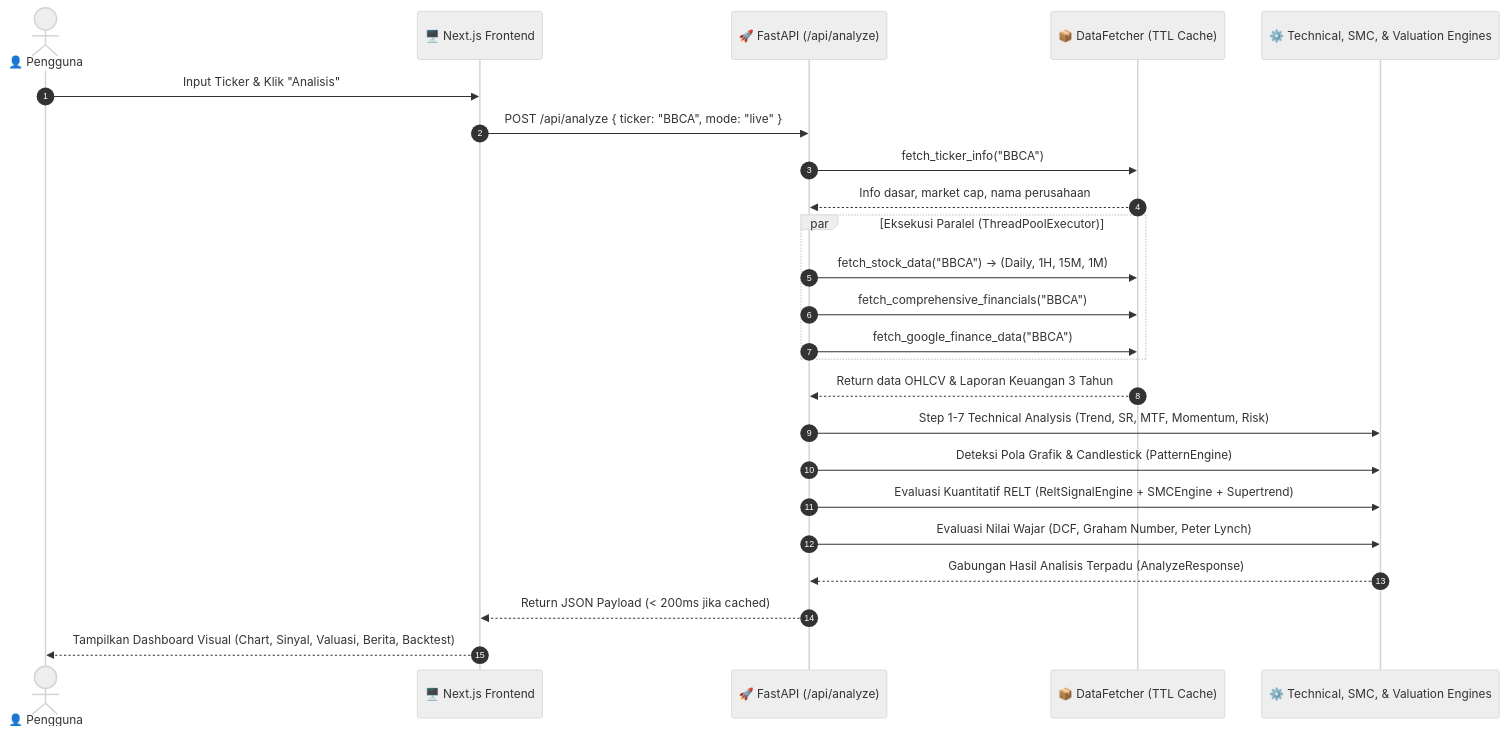
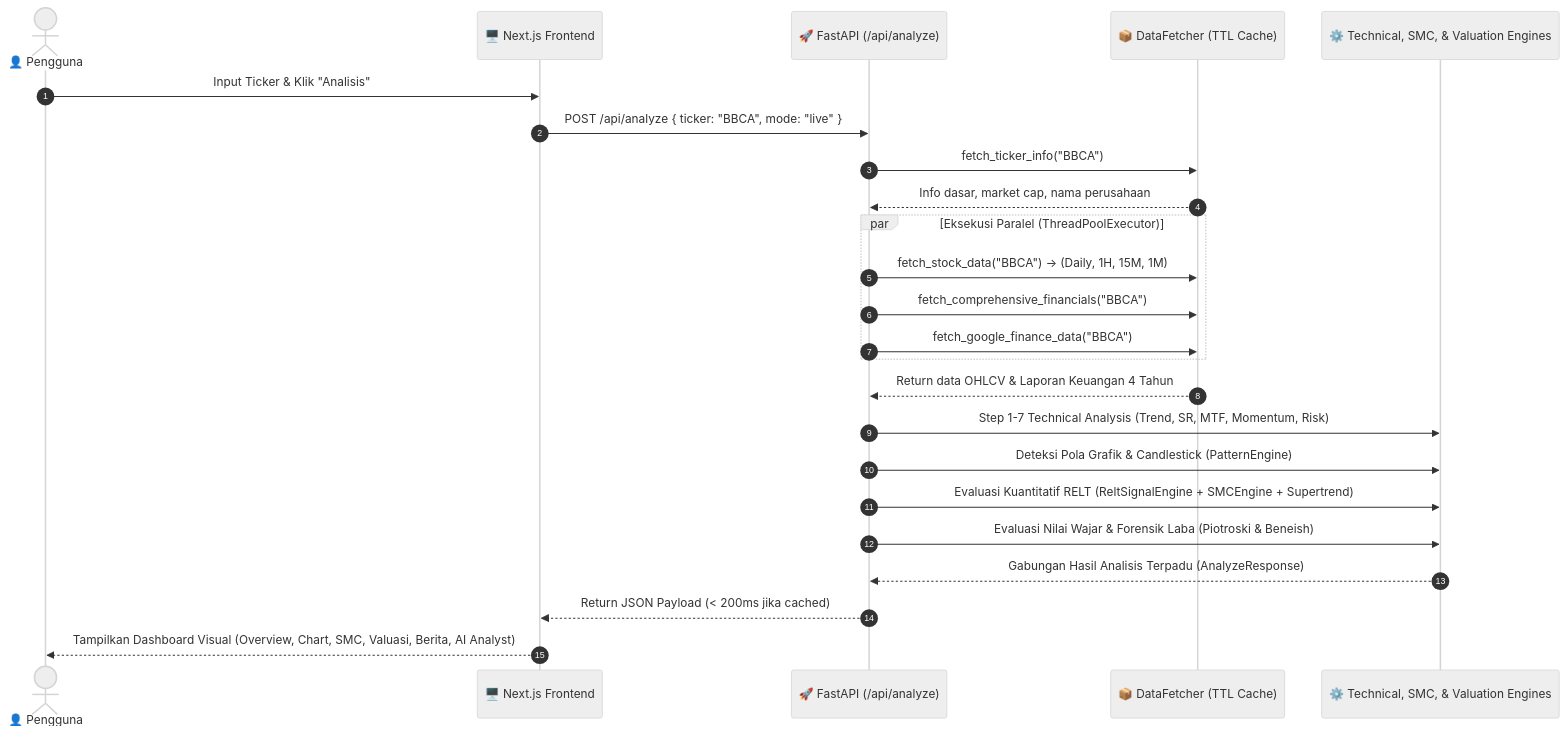
One commit to rifkydelta/technical-automatic changed the second of 4 diagrams in docs/2_SYSTEM_ARCHITECTURE.md. Above: the diagram before and after it, drawn with Mermaid (neutral theme). The commit also changed other lines of this file and 29 other files, not shown here.

Commit message:
feat: implement AI-driven analysis engine with automated trading signals, documentation, and frontend chart tools

````diff
--- a/docs/2_SYSTEM_ARCHITECTURE.md
+++ b/docs/2_SYSTEM_ARCHITECTURE.md
@@ -81,32 +110,32 @@
 ```mermaid
 sequenceDiagram
     autonumber
     actor User as 👤 Pengguna
     participant UI as 🖥️ Next.js Frontend
     participant API as 🚀 FastAPI (/api/analyze)
     participant DF as 📦 DataFetcher (TTL Cache)
     participant Engines as ⚙️ Technical, SMC, & Valuation Engines
     
     User->>UI: Input Ticker & Klik "Analisis"
     UI->>API: POST /api/analyze { ticker: "BBCA", mode: "live" }
     
     API->>DF: fetch_ticker_info("BBCA")
     DF-->>API: Info dasar, market cap, nama perusahaan
     
     par Eksekusi Paralel (ThreadPoolExecutor)
         API->>DF: fetch_stock_data("BBCA") -> (Daily, 1H, 15M, 1M)
         API->>DF: fetch_comprehensive_financials("BBCA")
         API->>DF: fetch_google_finance_data("BBCA")
     end
     
-    DF-->>API: Return data OHLCV & Laporan Keuangan 3 Tahun
+    DF-->>API: Return data OHLCV & Laporan Keuangan 4 Tahun
     
     API->>Engines: Step 1-7 Technical Analysis (Trend, SR, MTF, Momentum, Risk)
     API->>Engines: Deteksi Pola Grafik & Candlestick (PatternEngine)
     API->>Engines: Evaluasi Kuantitatif RELT (ReltSignalEngine + SMCEngine + Supertrend)
-    API->>Engines: Evaluasi Nilai Wajar (DCF, Graham Number, Peter Lynch)
+    API->>Engines: Evaluasi Nilai Wajar & Forensik Laba (Piotroski & Beneish)
     
     Engines-->>API: Gabungan Hasil Analisis Terpadu (AnalyzeResponse)
     API-->>UI: Return JSON Payload (< 200ms jika cached)
-    UI-->>User: Tampilkan Dashboard Visual (Chart, Sinyal, Valuasi, Berita, Backtest)
+    UI-->>User: Tampilkan Dashboard Visual (Overview, Chart, SMC, Valuasi, Berita, AI Analyst)
 ```
````
